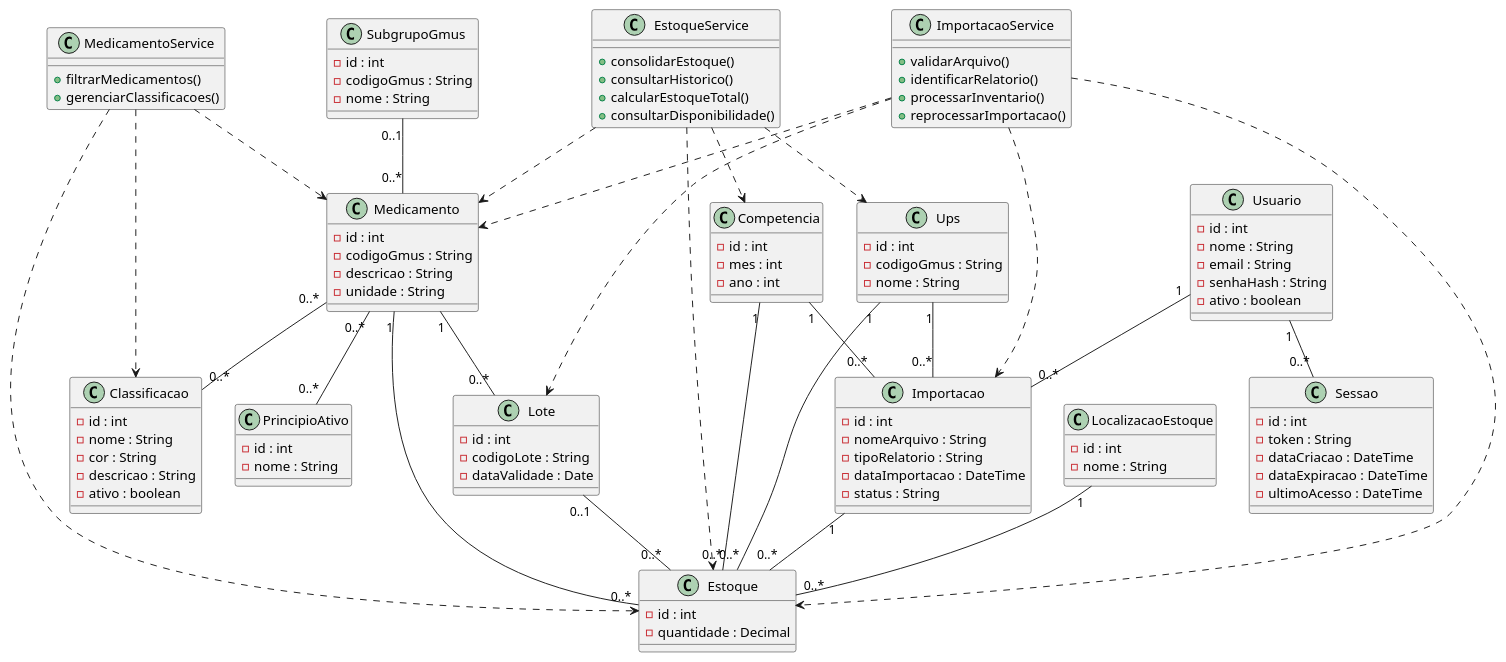
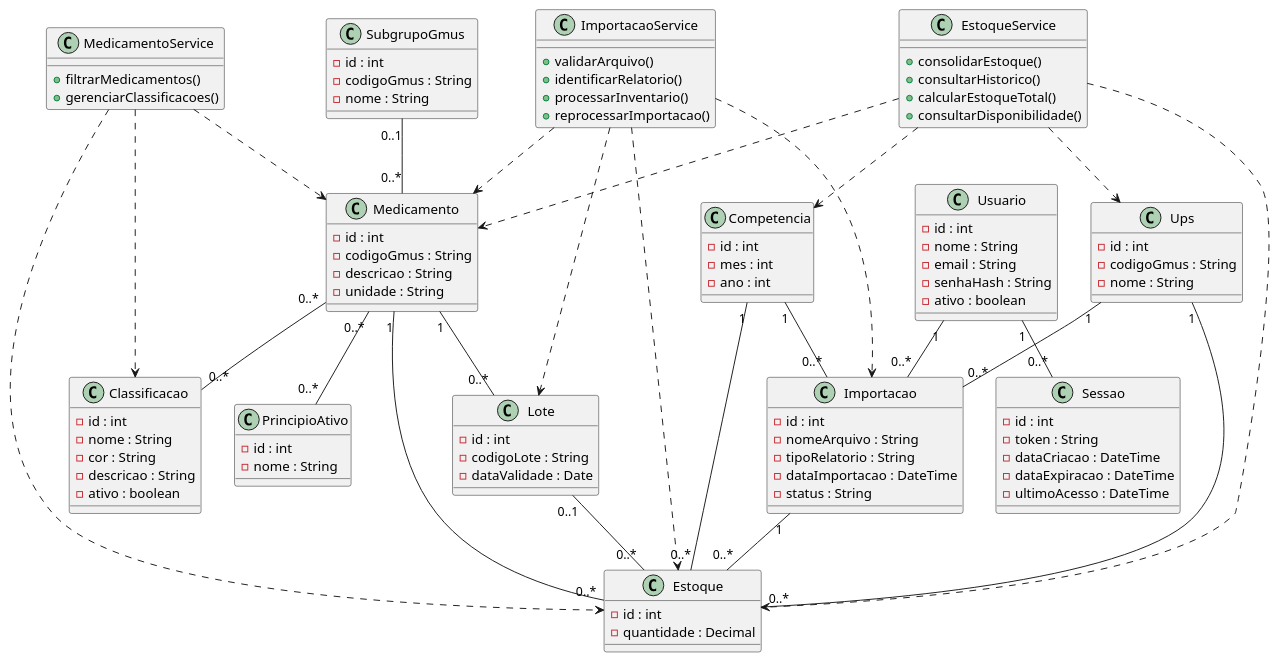
The diagram in docs/diagramas/classes/diagrama-classes.puml (mariaclarapp/stockflow), drawn with PlantUML before and after one commit. The commit also changed 20 other files, not shown here.

Commit message:
refactor: usa UPS como localizacao do estoque

```diff
--- a/docs/diagramas/classes/diagrama-classes.puml
+++ b/docs/diagramas/classes/diagrama-classes.puml
@@ -1,132 +1,126 @@
 @startuml
 class Medicamento {
   - id : int
   - codigoGmus : String
   - descricao : String
   - unidade : String
 }
 
 class SubgrupoGmus {
   - id : int
   - codigoGmus : String
   - nome : String
 }
 
 class PrincipioAtivo {
   - id : int
   - nome : String
 }
 
 class Classificacao {
   - id : int
   - nome : String
   - cor : String
   - descricao : String
   - ativo : boolean
 }
 
 class Ups {
   - id : int
   - codigoGmus : String
   - nome : String
 }
 
 class Competencia {
   - id : int
   - mes : int
   - ano : int
 }
 
 class Lote {
   - id : int
   - codigoLote : String
   - dataValidade : Date
-}
-
-class LocalizacaoEstoque {
-  - id : int
-  - nome : String
 }
 
 class Estoque {
   - id : int
   - quantidade : Decimal
 }
 
 class Importacao {
   - id : int
   - nomeArquivo : String
   - tipoRelatorio : String
   - dataImportacao : DateTime
   - status : String
 }
 
 class Usuario {
   - id : int
   - nome : String
   - email : String
   - senhaHash : String
   - ativo : boolean
 }
 
 class Sessao {
   - id : int
   - token : String
   - dataCriacao : DateTime
   - dataExpiracao : DateTime
   - ultimoAcesso : DateTime
 }
 
 class ImportacaoService {
   + validarArquivo()
   + identificarRelatorio()
   + processarInventario()
   + reprocessarImportacao()
 }
 
 class EstoqueService {
   + consolidarEstoque()
   + consultarHistorico()
   + calcularEstoqueTotal()
   + consultarDisponibilidade()
 }
 
 class MedicamentoService {
   + filtrarMedicamentos()
   + gerenciarClassificacoes()
 }
 
 SubgrupoGmus "0..1" -- "0..*" Medicamento
 
 Medicamento "0..*" -- "0..*" PrincipioAtivo
 Medicamento "0..*" -- "0..*" Classificacao
 
 Medicamento "1" -- "0..*" Lote
 Medicamento "1" -- "0..*" Estoque
 
 Ups "1" -- "0..*" Estoque
 Competencia "1" -- "0..*" Estoque
 Lote "0..1" -- "0..*" Estoque
-LocalizacaoEstoque "1" -- "0..*" Estoque
 Importacao "1" -- "0..*" Estoque
 
 Usuario "1" -- "0..*" Importacao
 Usuario "1" -- "0..*" Sessao
 
 Ups "1" -- "0..*" Importacao
 Competencia "1" -- "0..*" Importacao
 
 ImportacaoService ..> Importacao
 ImportacaoService ..> Estoque
 ImportacaoService ..> Medicamento
 ImportacaoService ..> Lote
 
 EstoqueService ..> Estoque
 EstoqueService ..> Medicamento
 EstoqueService ..> Competencia
 EstoqueService ..> Ups
 
 MedicamentoService ..> Medicamento
 MedicamentoService ..> Classificacao
 MedicamentoService ..> Estoque
 @enduml
```
